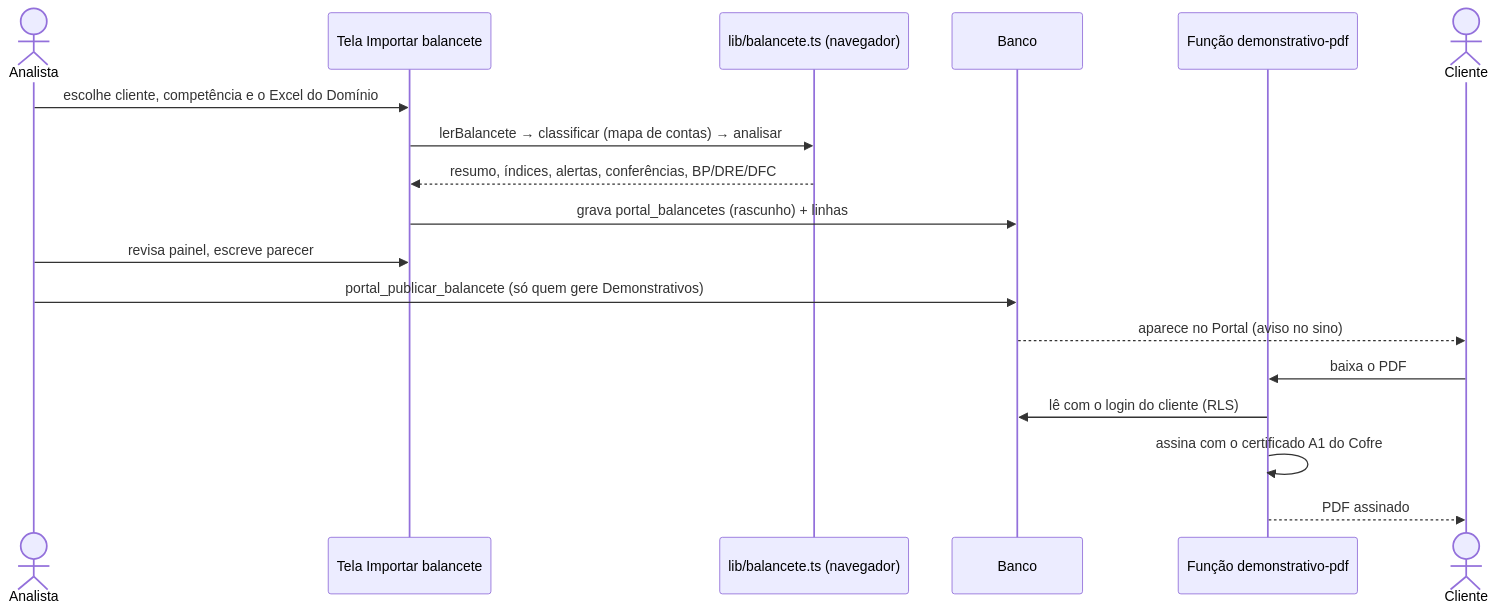
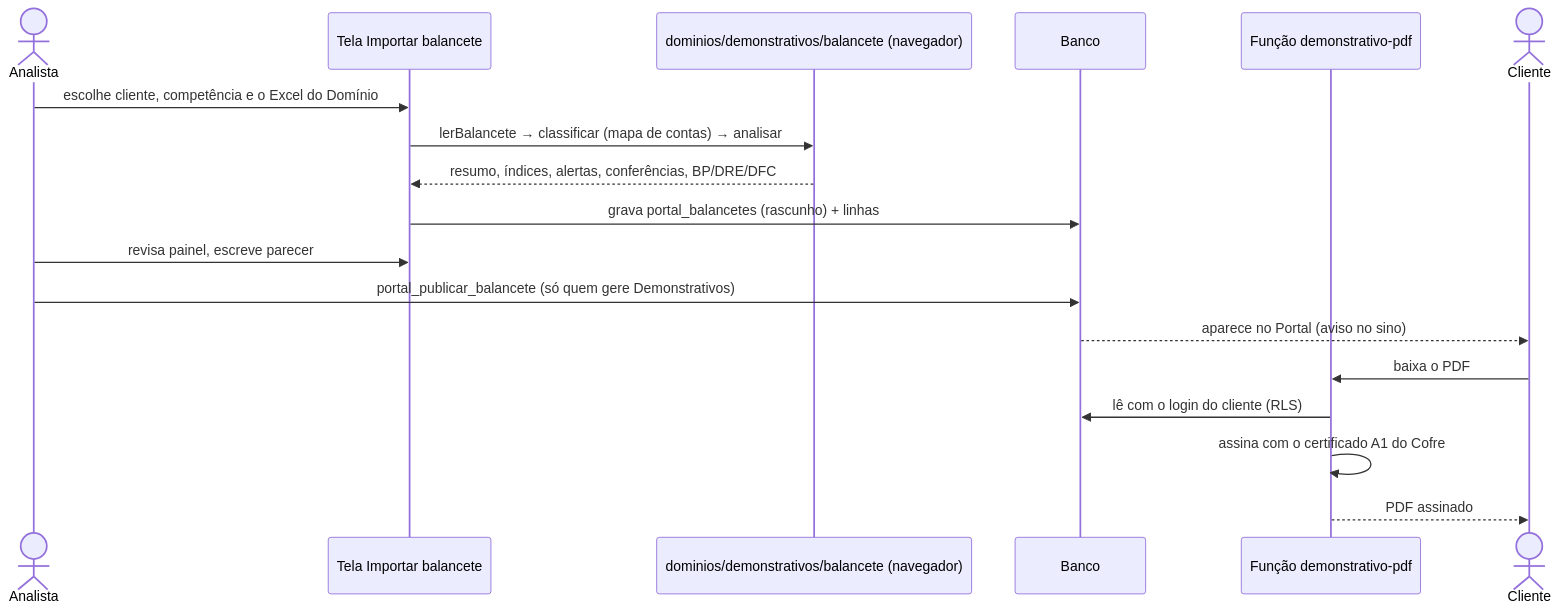
Before and after one commit to MdcAssessoria/mdc-tarefas: the first of 3 diagrams in docs/06-fluxos.md, drawn with Mermaid. The commit also changed 1 other file, not shown here.

Commit message:
Docs: caminhos atualizados após a reorganização por domínio
Claude-Session: https://claude.ai/code/session_01AHMALxmxHZT1px9QVXdysd

````diff
--- a/docs/06-fluxos.md
+++ b/docs/06-fluxos.md
@@ -9,20 +9,20 @@
 ```mermaid
 sequenceDiagram
     actor A as Analista
     participant T as Tela Importar balancete
-    participant L as lib/balancete.ts (navegador)
+    participant L as dominios/demonstrativos/balancete (navegador)
     participant DB as Banco
     participant EF as Função demonstrativo-pdf
     actor C as Cliente
     A->>T: escolhe cliente, competência e o Excel do Domínio
     T->>L: lerBalancete → classificar (mapa de contas) → analisar
     L-->>T: resumo, índices, alertas, conferências, BP/DRE/DFC
     T->>DB: grava portal_balancetes (rascunho) + linhas
     A->>T: revisa painel, escreve parecer
     A->>DB: portal_publicar_balancete (só quem gere Demonstrativos)
     DB-->>C: aparece no Portal (aviso no sino)
     C->>EF: baixa o PDF
     EF->>DB: lê com o login do cliente (RLS)
     EF->>EF: assina com o certificado A1 do Cofre
     EF-->>C: PDF assinado
 ```
````
